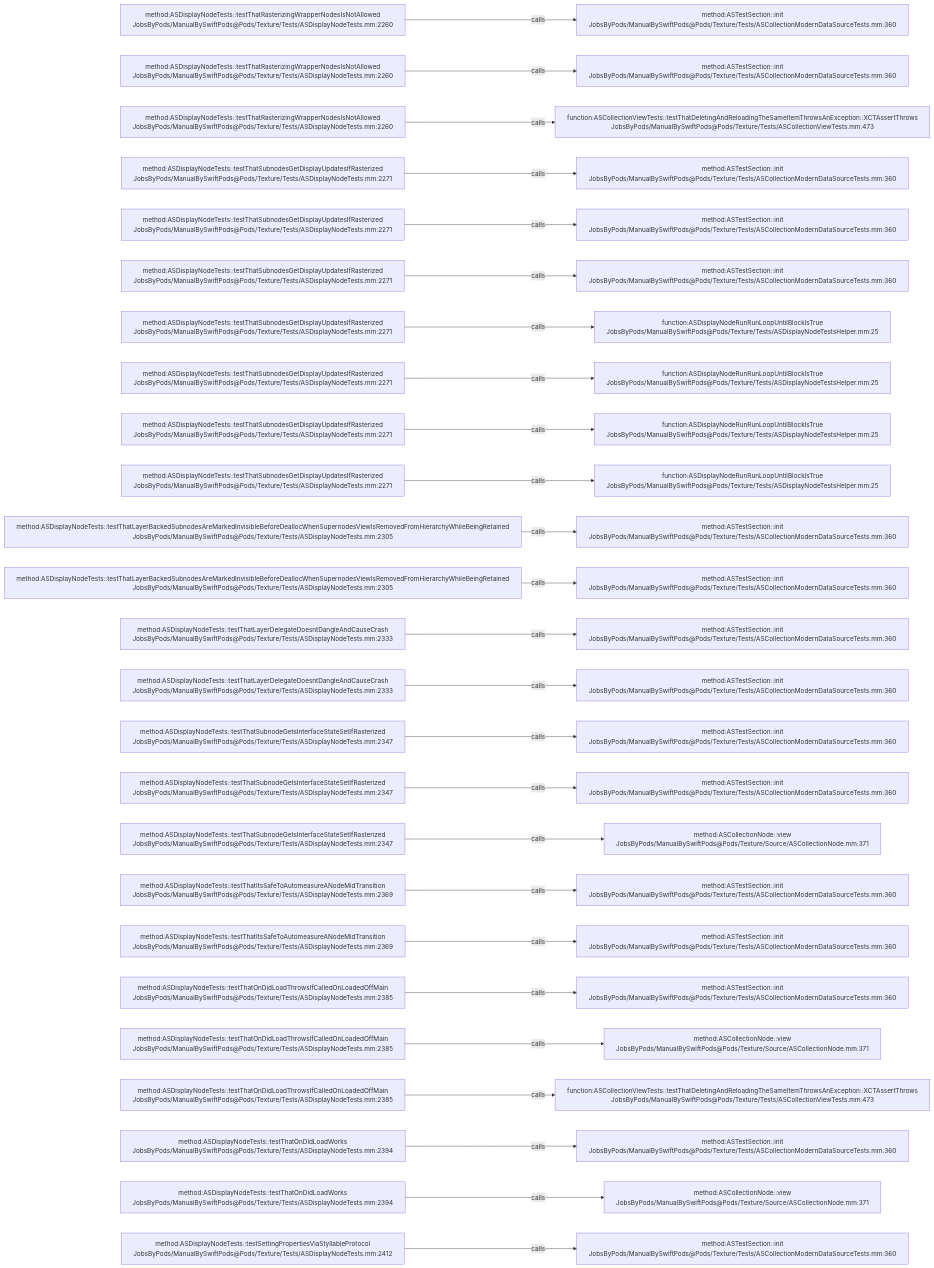
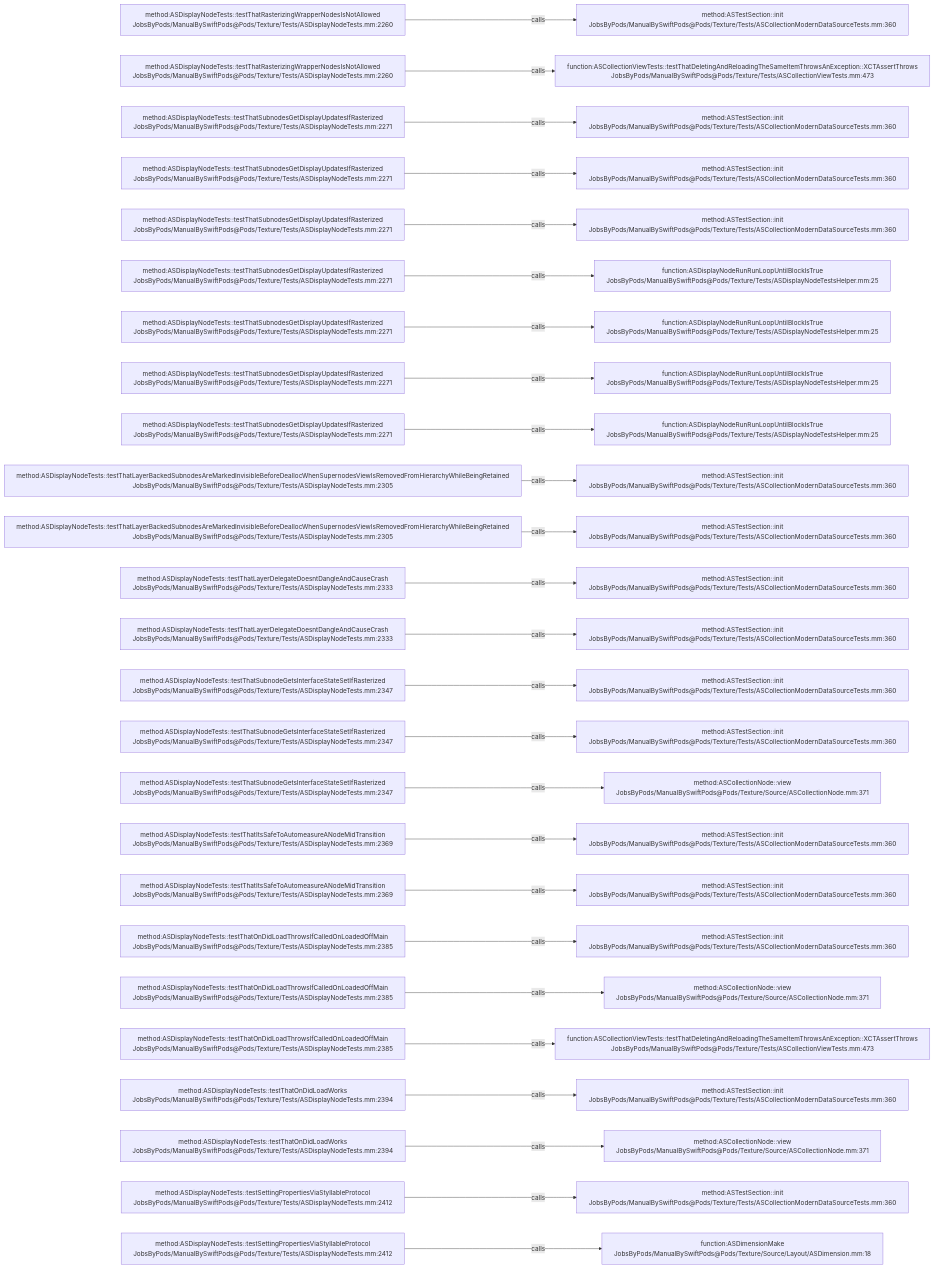
Before and after one commit to JobsKits/JobsSwiftBaseConfigDemo: the diagram in .codegraph/codegraph.md/graphs/calls-195.md, drawn with Mermaid. The commit also changed 747 other files, not shown here.

````diff
--- a/.codegraph/codegraph.md/graphs/calls-195.md
+++ b/.codegraph/codegraph.md/graphs/calls-195.md
@@ -13,78 +13,78 @@
 ```mermaid
 flowchart LR
   S1["method:ASDisplayNodeTests::testThatRasterizingWrapperNodesIsNotAllowed<br/>JobsByPods/ManualBySwiftPods@Pods/Texture/Tests/ASDisplayNodeTests.mm:2260"]
   T1["method:ASTestSection::init<br/>JobsByPods/ManualBySwiftPods@Pods/Texture/Tests/ASCollectionModernDataSourceTests.mm:360"]
   S1 -->|calls| T1
   S2["method:ASDisplayNodeTests::testThatRasterizingWrapperNodesIsNotAllowed<br/>JobsByPods/ManualBySwiftPods@Pods/Texture/Tests/ASDisplayNodeTests.mm:2260"]
-  T2["method:ASTestSection::init<br/>JobsByPods/ManualBySwiftPods@Pods/Texture/Tests/ASCollectionModernDataSourceTests.mm:360"]
+  T2["function:ASCollectionViewTests::testThatDeletingAndReloadingTheSameItemThrowsAnException::XCTAssertThrows<br/>JobsByPods/ManualBySwiftPods@Pods/Texture/Tests/ASCollectionViewTests.mm:473"]
   S2 -->|calls| T2
-  S3["method:ASDisplayNodeTests::testThatRasterizingWrapperNodesIsNotAllowed<br/>JobsByPods/ManualBySwiftPods@Pods/Texture/Tests/ASDisplayNodeTests.mm:2260"]
-  T3["function:ASCollectionViewTests::testThatDeletingAndReloadingTheSameItemThrowsAnException::XCTAssertThrows<br/>JobsByPods/ManualBySwiftPods@Pods/Texture/Tests/ASCollectionViewTests.mm:473"]
+  S3["method:ASDisplayNodeTests::testThatSubnodesGetDisplayUpdatesIfRasterized<br/>JobsByPods/ManualBySwiftPods@Pods/Texture/Tests/ASDisplayNodeTests.mm:2271"]
+  T3["method:ASTestSection::init<br/>JobsByPods/ManualBySwiftPods@Pods/Texture/Tests/ASCollectionModernDataSourceTests.mm:360"]
   S3 -->|calls| T3
   S4["method:ASDisplayNodeTests::testThatSubnodesGetDisplayUpdatesIfRasterized<br/>JobsByPods/ManualBySwiftPods@Pods/Texture/Tests/ASDisplayNodeTests.mm:2271"]
   T4["method:ASTestSection::init<br/>JobsByPods/ManualBySwiftPods@Pods/Texture/Tests/ASCollectionModernDataSourceTests.mm:360"]
   S4 -->|calls| T4
   S5["method:ASDisplayNodeTests::testThatSubnodesGetDisplayUpdatesIfRasterized<br/>JobsByPods/ManualBySwiftPods@Pods/Texture/Tests/ASDisplayNodeTests.mm:2271"]
   T5["method:ASTestSection::init<br/>JobsByPods/ManualBySwiftPods@Pods/Texture/Tests/ASCollectionModernDataSourceTests.mm:360"]
   S5 -->|calls| T5
   S6["method:ASDisplayNodeTests::testThatSubnodesGetDisplayUpdatesIfRasterized<br/>JobsByPods/ManualBySwiftPods@Pods/Texture/Tests/ASDisplayNodeTests.mm:2271"]
-  T6["method:ASTestSection::init<br/>JobsByPods/ManualBySwiftPods@Pods/Texture/Tests/ASCollectionModernDataSourceTests.mm:360"]
+  T6["function:ASDisplayNodeRunRunLoopUntilBlockIsTrue<br/>JobsByPods/ManualBySwiftPods@Pods/Texture/Tests/ASDisplayNodeTestsHelper.mm:25"]
   S6 -->|calls| T6
   S7["method:ASDisplayNodeTests::testThatSubnodesGetDisplayUpdatesIfRasterized<br/>JobsByPods/ManualBySwiftPods@Pods/Texture/Tests/ASDisplayNodeTests.mm:2271"]
   T7["function:ASDisplayNodeRunRunLoopUntilBlockIsTrue<br/>JobsByPods/ManualBySwiftPods@Pods/Texture/Tests/ASDisplayNodeTestsHelper.mm:25"]
   S7 -->|calls| T7
   S8["method:ASDisplayNodeTests::testThatSubnodesGetDisplayUpdatesIfRasterized<br/>JobsByPods/ManualBySwiftPods@Pods/Texture/Tests/ASDisplayNodeTests.mm:2271"]
   T8["function:ASDisplayNodeRunRunLoopUntilBlockIsTrue<br/>JobsByPods/ManualBySwiftPods@Pods/Texture/Tests/ASDisplayNodeTestsHelper.mm:25"]
   S8 -->|calls| T8
   S9["method:ASDisplayNodeTests::testThatSubnodesGetDisplayUpdatesIfRasterized<br/>JobsByPods/ManualBySwiftPods@Pods/Texture/Tests/ASDisplayNodeTests.mm:2271"]
   T9["function:ASDisplayNodeRunRunLoopUntilBlockIsTrue<br/>JobsByPods/ManualBySwiftPods@Pods/Texture/Tests/ASDisplayNodeTestsHelper.mm:25"]
   S9 -->|calls| T9
-  S10["method:ASDisplayNodeTests::testThatSubnodesGetDisplayUpdatesIfRasterized<br/>JobsByPods/ManualBySwiftPods@Pods/Texture/Tests/ASDisplayNodeTests.mm:2271"]
-  T10["function:ASDisplayNodeRunRunLoopUntilBlockIsTrue<br/>JobsByPods/ManualBySwiftPods@Pods/Texture/Tests/ASDisplayNodeTestsHelper.mm:25"]
+  S10["method:ASDisplayNodeTests::testThatLayerBackedSubnodesAreMarkedInvisibleBeforeDeallocWhenSupernodesViewIsRemovedFromHierarchyWhileBeingRetained<br/>JobsByPods/ManualBySwiftPods@Pods/Texture/Tests/ASDisplayNodeTests.mm:2305"]
+  T10["method:ASTestSection::init<br/>JobsByPods/ManualBySwiftPods@Pods/Texture/Tests/ASCollectionModernDataSourceTests.mm:360"]
   S10 -->|calls| T10
   S11["method:ASDisplayNodeTests::testThatLayerBackedSubnodesAreMarkedInvisibleBeforeDeallocWhenSupernodesViewIsRemovedFromHierarchyWhileBeingRetained<br/>JobsByPods/ManualBySwiftPods@Pods/Texture/Tests/ASDisplayNodeTests.mm:2305"]
   T11["method:ASTestSection::init<br/>JobsByPods/ManualBySwiftPods@Pods/Texture/Tests/ASCollectionModernDataSourceTests.mm:360"]
   S11 -->|calls| T11
-  S12["method:ASDisplayNodeTests::testThatLayerBackedSubnodesAreMarkedInvisibleBeforeDeallocWhenSupernodesViewIsRemovedFromHierarchyWhileBeingRetained<br/>JobsByPods/ManualBySwiftPods@Pods/Texture/Tests/ASDisplayNodeTests.mm:2305"]
+  S12["method:ASDisplayNodeTests::testThatLayerDelegateDoesntDangleAndCauseCrash<br/>JobsByPods/ManualBySwiftPods@Pods/Texture/Tests/ASDisplayNodeTests.mm:2333"]
   T12["method:ASTestSection::init<br/>JobsByPods/ManualBySwiftPods@Pods/Texture/Tests/ASCollectionModernDataSourceTests.mm:360"]
   S12 -->|calls| T12
   S13["method:ASDisplayNodeTests::testThatLayerDelegateDoesntDangleAndCauseCrash<br/>JobsByPods/ManualBySwiftPods@Pods/Texture/Tests/ASDisplayNodeTests.mm:2333"]
   T13["method:ASTestSection::init<br/>JobsByPods/ManualBySwiftPods@Pods/Texture/Tests/ASCollectionModernDataSourceTests.mm:360"]
   S13 -->|calls| T13
-  S14["method:ASDisplayNodeTests::testThatLayerDelegateDoesntDangleAndCauseCrash<br/>JobsByPods/ManualBySwiftPods@Pods/Texture/Tests/ASDisplayNodeTests.mm:2333"]
+  S14["method:ASDisplayNodeTests::testThatSubnodeGetsInterfaceStateSetIfRasterized<br/>JobsByPods/ManualBySwiftPods@Pods/Texture/Tests/ASDisplayNodeTests.mm:2347"]
   T14["method:ASTestSection::init<br/>JobsByPods/ManualBySwiftPods@Pods/Texture/Tests/ASCollectionModernDataSourceTests.mm:360"]
   S14 -->|calls| T14
   S15["method:ASDisplayNodeTests::testThatSubnodeGetsInterfaceStateSetIfRasterized<br/>JobsByPods/ManualBySwiftPods@Pods/Texture/Tests/ASDisplayNodeTests.mm:2347"]
   T15["method:ASTestSection::init<br/>JobsByPods/ManualBySwiftPods@Pods/Texture/Tests/ASCollectionModernDataSourceTests.mm:360"]
   S15 -->|calls| T15
   S16["method:ASDisplayNodeTests::testThatSubnodeGetsInterfaceStateSetIfRasterized<br/>JobsByPods/ManualBySwiftPods@Pods/Texture/Tests/ASDisplayNodeTests.mm:2347"]
-  T16["method:ASTestSection::init<br/>JobsByPods/ManualBySwiftPods@Pods/Texture/Tests/ASCollectionModernDataSourceTests.mm:360"]
+  T16["method:ASCollectionNode::view<br/>JobsByPods/ManualBySwiftPods@Pods/Texture/Source/ASCollectionNode.mm:371"]
   S16 -->|calls| T16
-  S17["method:ASDisplayNodeTests::testThatSubnodeGetsInterfaceStateSetIfRasterized<br/>JobsByPods/ManualBySwiftPods@Pods/Texture/Tests/ASDisplayNodeTests.mm:2347"]
-  T17["method:ASCollectionNode::view<br/>JobsByPods/ManualBySwiftPods@Pods/Texture/Source/ASCollectionNode.mm:371"]
+  S17["method:ASDisplayNodeTests::testThatItsSafeToAutomeasureANodeMidTransition<br/>JobsByPods/ManualBySwiftPods@Pods/Texture/Tests/ASDisplayNodeTests.mm:2369"]
+  T17["method:ASTestSection::init<br/>JobsByPods/ManualBySwiftPods@Pods/Texture/Tests/ASCollectionModernDataSourceTests.mm:360"]
   S17 -->|calls| T17
   S18["method:ASDisplayNodeTests::testThatItsSafeToAutomeasureANodeMidTransition<br/>JobsByPods/ManualBySwiftPods@Pods/Texture/Tests/ASDisplayNodeTests.mm:2369"]
   T18["method:ASTestSection::init<br/>JobsByPods/ManualBySwiftPods@Pods/Texture/Tests/ASCollectionModernDataSourceTests.mm:360"]
   S18 -->|calls| T18
-  S19["method:ASDisplayNodeTests::testThatItsSafeToAutomeasureANodeMidTransition<br/>JobsByPods/ManualBySwiftPods@Pods/Texture/Tests/ASDisplayNodeTests.mm:2369"]
+  S19["method:ASDisplayNodeTests::testThatOnDidLoadThrowsIfCalledOnLoadedOffMain<br/>JobsByPods/ManualBySwiftPods@Pods/Texture/Tests/ASDisplayNodeTests.mm:2385"]
   T19["method:ASTestSection::init<br/>JobsByPods/ManualBySwiftPods@Pods/Texture/Tests/ASCollectionModernDataSourceTests.mm:360"]
   S19 -->|calls| T19
   S20["method:ASDisplayNodeTests::testThatOnDidLoadThrowsIfCalledOnLoadedOffMain<br/>JobsByPods/ManualBySwiftPods@Pods/Texture/Tests/ASDisplayNodeTests.mm:2385"]
-  T20["method:ASTestSection::init<br/>JobsByPods/ManualBySwiftPods@Pods/Texture/Tests/ASCollectionModernDataSourceTests.mm:360"]
+  T20["method:ASCollectionNode::view<br/>JobsByPods/ManualBySwiftPods@Pods/Texture/Source/ASCollectionNode.mm:371"]
   S20 -->|calls| T20
   S21["method:ASDisplayNodeTests::testThatOnDidLoadThrowsIfCalledOnLoadedOffMain<br/>JobsByPods/ManualBySwiftPods@Pods/Texture/Tests/ASDisplayNodeTests.mm:2385"]
-  T21["method:ASCollectionNode::view<br/>JobsByPods/ManualBySwiftPods@Pods/Texture/Source/ASCollectionNode.mm:371"]
+  T21["function:ASCollectionViewTests::testThatDeletingAndReloadingTheSameItemThrowsAnException::XCTAssertThrows<br/>JobsByPods/ManualBySwiftPods@Pods/Texture/Tests/ASCollectionViewTests.mm:473"]
   S21 -->|calls| T21
-  S22["method:ASDisplayNodeTests::testThatOnDidLoadThrowsIfCalledOnLoadedOffMain<br/>JobsByPods/ManualBySwiftPods@Pods/Texture/Tests/ASDisplayNodeTests.mm:2385"]
-  T22["function:ASCollectionViewTests::testThatDeletingAndReloadingTheSameItemThrowsAnException::XCTAssertThrows<br/>JobsByPods/ManualBySwiftPods@Pods/Texture/Tests/ASCollectionViewTests.mm:473"]
+  S22["method:ASDisplayNodeTests::testThatOnDidLoadWorks<br/>JobsByPods/ManualBySwiftPods@Pods/Texture/Tests/ASDisplayNodeTests.mm:2394"]
+  T22["method:ASTestSection::init<br/>JobsByPods/ManualBySwiftPods@Pods/Texture/Tests/ASCollectionModernDataSourceTests.mm:360"]
   S22 -->|calls| T22
   S23["method:ASDisplayNodeTests::testThatOnDidLoadWorks<br/>JobsByPods/ManualBySwiftPods@Pods/Texture/Tests/ASDisplayNodeTests.mm:2394"]
-  T23["method:ASTestSection::init<br/>JobsByPods/ManualBySwiftPods@Pods/Texture/Tests/ASCollectionModernDataSourceTests.mm:360"]
+  T23["method:ASCollectionNode::view<br/>JobsByPods/ManualBySwiftPods@Pods/Texture/Source/ASCollectionNode.mm:371"]
   S23 -->|calls| T23
-  S24["method:ASDisplayNodeTests::testThatOnDidLoadWorks<br/>JobsByPods/ManualBySwiftPods@Pods/Texture/Tests/ASDisplayNodeTests.mm:2394"]
-  T24["method:ASCollectionNode::view<br/>JobsByPods/ManualBySwiftPods@Pods/Texture/Source/ASCollectionNode.mm:371"]
+  S24["method:ASDisplayNodeTests::testSettingPropertiesViaStyllableProtocol<br/>JobsByPods/ManualBySwiftPods@Pods/Texture/Tests/ASDisplayNodeTests.mm:2412"]
+  T24["method:ASTestSection::init<br/>JobsByPods/ManualBySwiftPods@Pods/Texture/Tests/ASCollectionModernDataSourceTests.mm:360"]
   S24 -->|calls| T24
   S25["method:ASDisplayNodeTests::testSettingPropertiesViaStyllableProtocol<br/>JobsByPods/ManualBySwiftPods@Pods/Texture/Tests/ASDisplayNodeTests.mm:2412"]
-  T25["method:ASTestSection::init<br/>JobsByPods/ManualBySwiftPods@Pods/Texture/Tests/ASCollectionModernDataSourceTests.mm:360"]
+  T25["function:ASDimensionMake<br/>JobsByPods/ManualBySwiftPods@Pods/Texture/Source/Layout/ASDimension.mm:18"]
   S25 -->|calls| T25
 ```
````
